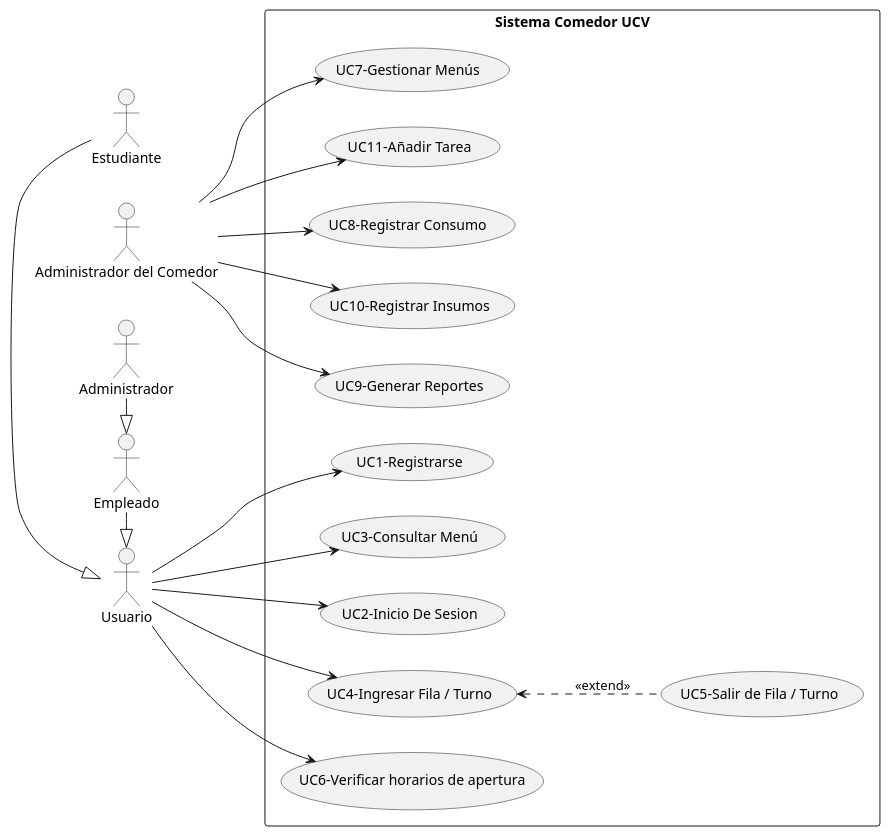
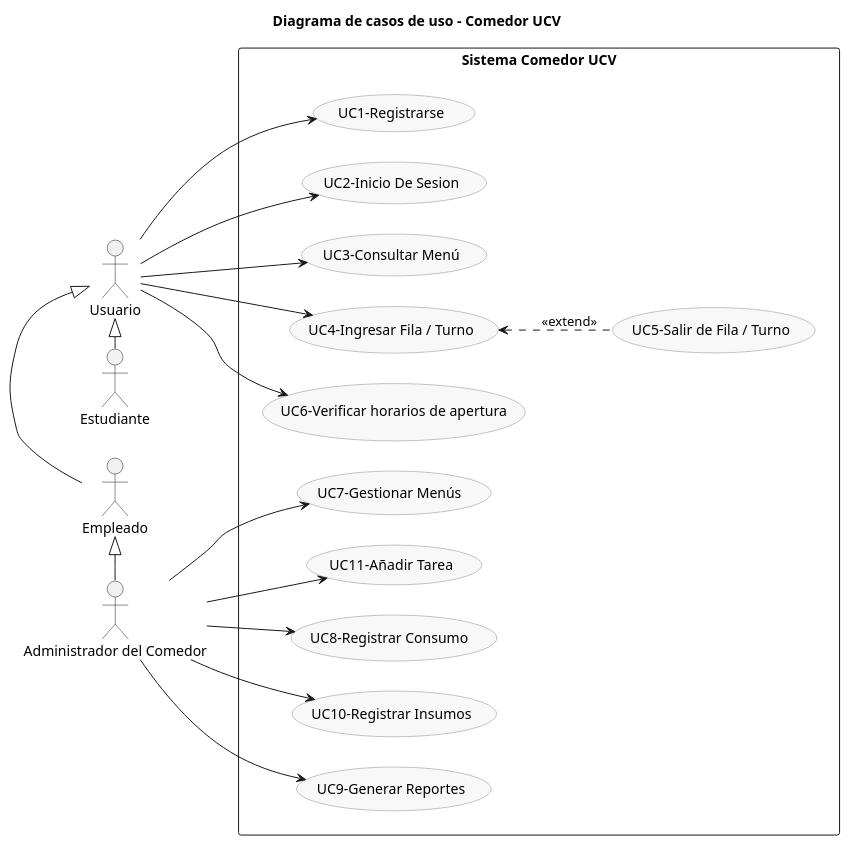
Before and after one commit to GodotCoffee28/PROYECTO-INGENIERIA-2025: the diagram in main/docs/modelo_caso_de _uso/modeloCasodeuso.puml, drawn with PlantUML. The commit also changed 2 other files, not shown here.

Commit message:
cambio de ordenamiento a casos de uso

```diff
--- a/main/docs/modelo_caso_de _uso/modeloCasodeuso.puml
+++ b/main/docs/modelo_caso_de _uso/modeloCasodeuso.puml
@@ -1,50 +1,61 @@
 @startuml UseCase
 left to right direction
+title Diagrama de casos de uso - Comedor UCV
+
+' Ajustes visuales suaves para mejorar la legibilidad
+skinparam nodesep 30
+skinparam ranksep 30
+skinparam usecase {
+    BackgroundColor #f8f8f8
+    BorderColor #888888
+}
 
 ' Actores
+together{
 actor "Usuario" as UsuarioGeneral
 actor "Empleado" as Usuario2
 actor "Estudiante" as Usuario1
+}
 actor "Administrador del Comedor" as Admin
 
 
-Usuario1-|> UsuarioGeneral
-Usuario2-|> UsuarioGeneral
-Administrador-|> Usuario2
+Usuario1 -|> UsuarioGeneral
+Usuario2 -|> UsuarioGeneral
+Admin -|> Usuario2
 rectangle "Sistema Comedor UCV" {
-    
-    ' Casos de Uso del Usuario
-    usecase "UC1-Registrarse" as UC_Registro
-    usecase "UC3-Consultar Menú" as UC_ConsultarMenu
-    usecase "UC2-Inicio De Sesion" as UC_RegAcceso
-    usecase "UC4-Ingresar Fila / Turno" as UC_IngresarFila
-    usecase "UC5-Salir de Fila / Turno" as UC_SalirFila
-   UC_IngresarFila <.. UC_SalirFila : <<extend>>
-   usecase "UC6-Verificar horarios de apertura" as UC_verificar
-    
-    
-    'Casos de Uso del Administrador
-    usecase "UC7-Gestionar Menús " as UC_GestionarMenu
-    usecase "UC11-Añadir Tarea" as UC_GestionarTurnos
-    usecase "UC8-Registrar Consumo " as UC_RegConsumo
-    usecase "UC10-Registrar Insumos" as UC_RegInsumos
-    usecase "UC9-Generar Reportes" as UC_Reportes
+    ' Casos de Uso del Usuario (agrupados para layout)
+    together {
+        usecase "UC1-Registrarse" as UC_Registro
+        usecase "UC2-Inicio De Sesion" as UC_RegAcceso
+        usecase "UC3-Consultar Menú" as UC_ConsultarMenu
+        usecase "UC4-Ingresar Fila / Turno" as UC_IngresarFila
+        usecase "UC5-Salir de Fila / Turno" as UC_SalirFila
+        usecase "UC6-Verificar horarios de apertura" as UC_verificar
+    }
+
+    ' Casos de Uso del Administrador (agrupados para layout)
+    together {
+        usecase "UC7-Gestionar Menús " as UC_GestionarMenu
+        usecase "UC11-Añadir Tarea" as UC_GestionarTurnos
+        usecase "UC8-Registrar Consumo " as UC_RegConsumo
+        usecase "UC10-Registrar Insumos" as UC_RegInsumos
+        usecase "UC9-Generar Reportes" as UC_Reportes
+    }
 
     ' Relaciones
 
-    UsuarioGeneral--> UC_Registro
-    UsuarioGeneral--> UC_ConsultarMenu
+    UsuarioGeneral --> UC_Registro
+    UsuarioGeneral --> UC_ConsultarMenu
     UsuarioGeneral --> UC_RegAcceso
     UsuarioGeneral --> UC_IngresarFila
     UsuarioGeneral --> UC_verificar
-    
+
     Admin --> UC_GestionarMenu
     Admin --> UC_GestionarTurnos
     Admin --> UC_RegConsumo
     Admin --> UC_RegInsumos
     Admin --> UC_Reportes
-    
 
-    
+    UC_IngresarFila <.. UC_SalirFila : <<extend>>
 }
 @enduml
```
